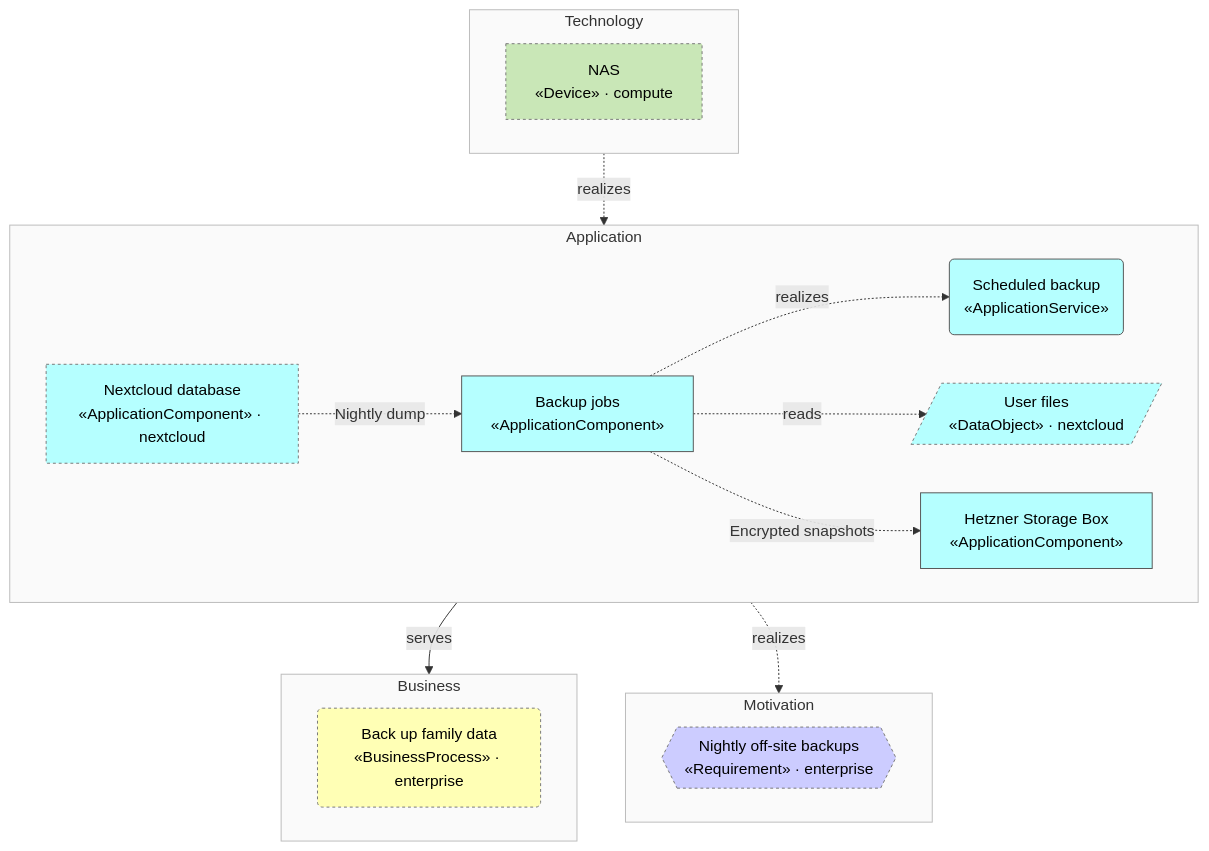
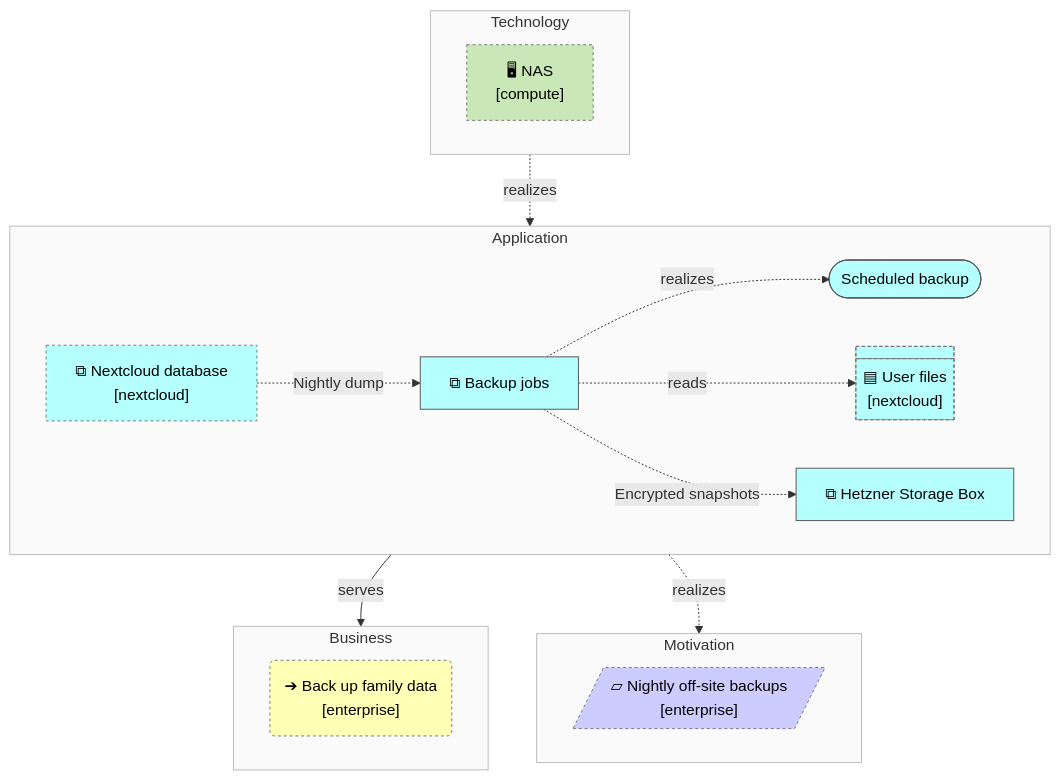
Before and after one commit to b-zig/a4m: the third of 3 diagrams in docs/backup/view-overview.md, drawn with Mermaid. The commit also changed other lines of this file and 15 other files, not shown here.

First line of the commit message:
Approximate ArchiMate notation in Mermaid flowcharts

````diff
--- a/docs/backup/view-overview.md
+++ b/docs/backup/view-overview.md
@@ -114,44 +116,44 @@
 ```mermaid
 flowchart TB
   subgraph layer_motivation["Motivation"]
     direction LR
-    enterprise__mot_req_backup{{"Nightly off-site backups<br/>«Requirement» · enterprise"}}
+    enterprise__mot_req_backup@{ shape: lean-r, label: "▱ Nightly off-site backups<br/>[enterprise]" }
   end
   subgraph layer_business["Business"]
     direction LR
-    enterprise__bus_proc_backup("Back up family data<br/>«BusinessProcess» · enterprise")
+    enterprise__bus_proc_backup@{ shape: rounded, label: "➔ Back up family data<br/>[enterprise]" }
   end
   subgraph layer_application["Application"]
     direction LR
-    app_backup["Backup jobs<br/>«ApplicationComponent»"]
-    app_svc_backup("Scheduled backup<br/>«ApplicationService»")
-    app_offsite_hetzner["Hetzner Storage Box<br/>«ApplicationComponent»"]
-    nextcloud__app_data_files[/"User files<br/>«DataObject» · nextcloud"/]
-    nextcloud__app_nextcloud_db["Nextcloud database<br/>«ApplicationComponent» · nextcloud"]
+    app_backup@{ shape: rect, label: "⧉ Backup jobs" }
+    app_svc_backup@{ shape: stadium, label: "Scheduled backup" }
+    app_offsite_hetzner@{ shape: rect, label: "⧉ Hetzner Storage Box" }
+    nextcloud__app_data_files@{ shape: div-rect, label: "▤ User files<br/>[nextcloud]" }
+    nextcloud__app_nextcloud_db@{ shape: rect, label: "⧉ Nextcloud database<br/>[nextcloud]" }
   end
   subgraph layer_technology["Technology"]
     direction LR
-    compute__tech_nas["NAS<br/>«Device» · compute"]
+    compute__tech_nas@{ shape: rect, label: "🖥 NAS<br/>[compute]" }
   end
   app_backup -.->|"realizes"| app_svc_backup
   app_svc_backup -->|"serves"| enterprise__bus_proc_backup
   app_backup -.->|"realizes"| enterprise__mot_req_backup
   compute__tech_nas -.->|"realizes"| app_backup
   app_backup -.->|"reads"| nextcloud__app_data_files
   nextcloud__app_nextcloud_db -.->|"Nightly dump"| app_backup
   app_backup -.->|"Encrypted snapshots"| app_offsite_hetzner
   classDef motivation fill:#CCCCFF,stroke:#555,color:#000
   class enterprise__mot_req_backup motivation
   style layer_motivation fill:#fafafa,stroke:#bbb
   classDef business fill:#FFFFB5,stroke:#555,color:#000
   class enterprise__bus_proc_backup business
   style layer_business fill:#fafafa,stroke:#bbb
   classDef application fill:#B5FFFF,stroke:#555,color:#000
   class app_backup,app_svc_backup,app_offsite_hetzner,nextcloud__app_data_files,nextcloud__app_nextcloud_db application
   style layer_application fill:#fafafa,stroke:#bbb
   classDef technology fill:#C9E7B7,stroke:#555,color:#000
   class compute__tech_nas technology
   style layer_technology fill:#fafafa,stroke:#bbb
   classDef foreign stroke:#777,stroke-dasharray:3 3
   class compute__tech_nas,enterprise__bus_proc_backup,enterprise__mot_req_backup,nextcloud__app_data_files,nextcloud__app_nextcloud_db foreign
 ```
````
